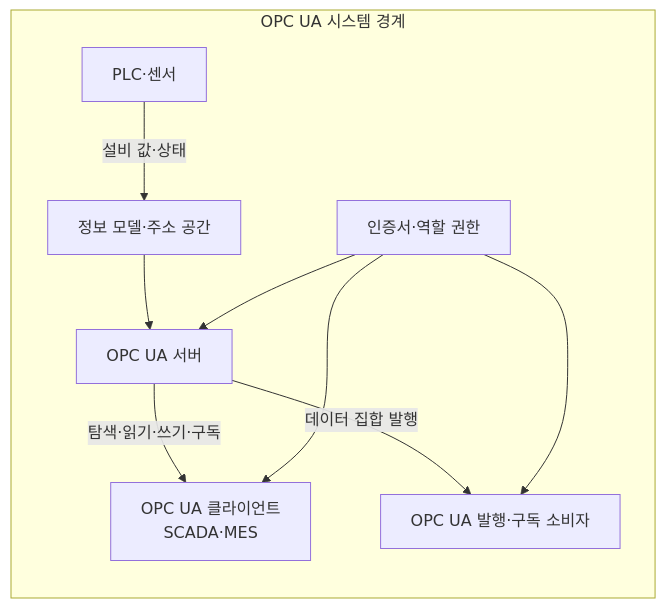
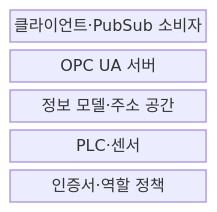
Before and after one commit to agnusdei1207/knowledge-base: the first of 2 diagrams in src/content/docs/notes/04-network/079_opc_ua.md, drawn with Mermaid. The commit also changed other lines of this file and 11 other files, not shown here.

````diff
--- a/src/content/docs/notes/04-network/079_opc_ua.md
+++ b/src/content/docs/notes/04-network/079_opc_ua.md
@@ -57,12 +58,9 @@
 ```mermaid
-flowchart LR
-    subgraph O[OPC UA 시스템 경계]
-        P["PLC·센서"] -->|"설비 값·상태"| M["정보 모델·주소 공간"]
-        M --> S["OPC UA 서버"]
-        S -->|"탐색·읽기·쓰기·구독"| C["OPC UA 클라이언트<br/>SCADA·MES"]
-        S -->|"데이터 집합 발행"| U["OPC UA 발행·구독 소비자"]
-        T["인증서·역할 권한"] --> S
-        T --> C
-        T --> U
-    end
+block-beta
+    columns 1
+    CLIENT["클라이언트·PubSub 소비자"]
+    SERVER["OPC UA 서버"]
+    MODEL["정보 모델·주소 공간"]
+    DEVICE["PLC·센서"]
+    SECURITY["인증서·역할 정책"]
 ```
````
